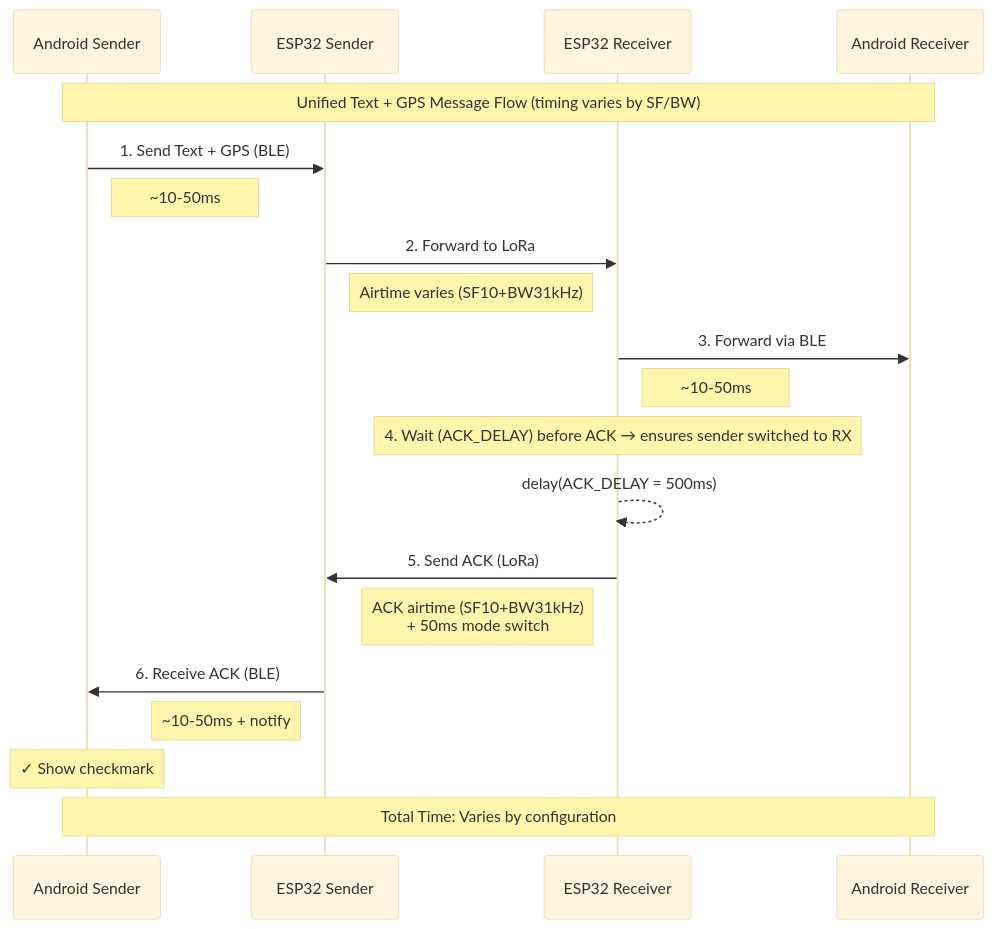
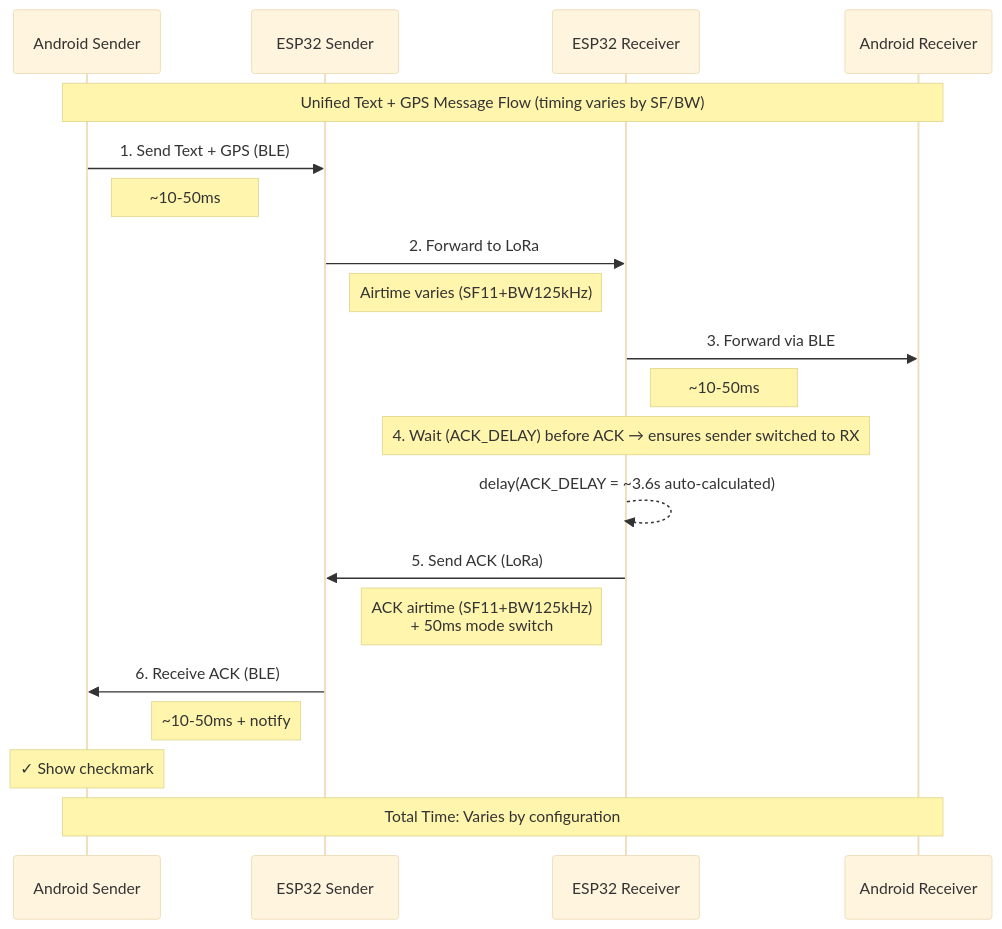
Before and after one commit to psytraxx/android-lora-ble-bridge: the second of 3 diagrams in README.md, drawn with Mermaid (base theme). The commit also changed other lines of this file and 9 other files, not shown here.

````diff
--- a/README.md
+++ b/README.md
@@ -403,32 +404,32 @@
 ```mermaid
 sequenceDiagram
     participant AS as Android Sender
     participant ES as ESP32 Sender
     participant ER as ESP32 Receiver
     participant AR as Android Receiver
 
     Note over AS,AR: Unified Text + GPS Message Flow (timing varies by SF/BW)
 
     AS->>ES: 1. Send Text + GPS (BLE)
     Note right of AS: ~10-50ms
 
     ES->>ER: 2. Forward to LoRa
-    Note right of ES: Airtime varies (SF10+BW31kHz)
+    Note right of ES: Airtime varies (SF11+BW125kHz)
     
     ER->>AR: 3. Forward via BLE
     Note right of ER: ~10-50ms
     
 
   Note over ER: 4. Wait (ACK_DELAY) before ACK → ensures sender switched to RX
-  ER-->>ER: delay(ACK_DELAY = 500ms)
+  ER-->>ER: delay(ACK_DELAY = ~3.6s auto-calculated)
 
   ER->>ES: 5. Send ACK (LoRa)
-  Note left of ER: ACK airtime (SF10+BW31kHz)<br/>+ 50ms mode switch
+  Note left of ER: ACK airtime (SF11+BW125kHz)<br/>+ 50ms mode switch
 
   ES->>AS: 6. Receive ACK (BLE)
   Note left of ES: ~10-50ms + notify
 
     Note over AS: ✓ Show checkmark
 
     Note over AS,AR: Total Time: Varies by configuration
 ```
````
